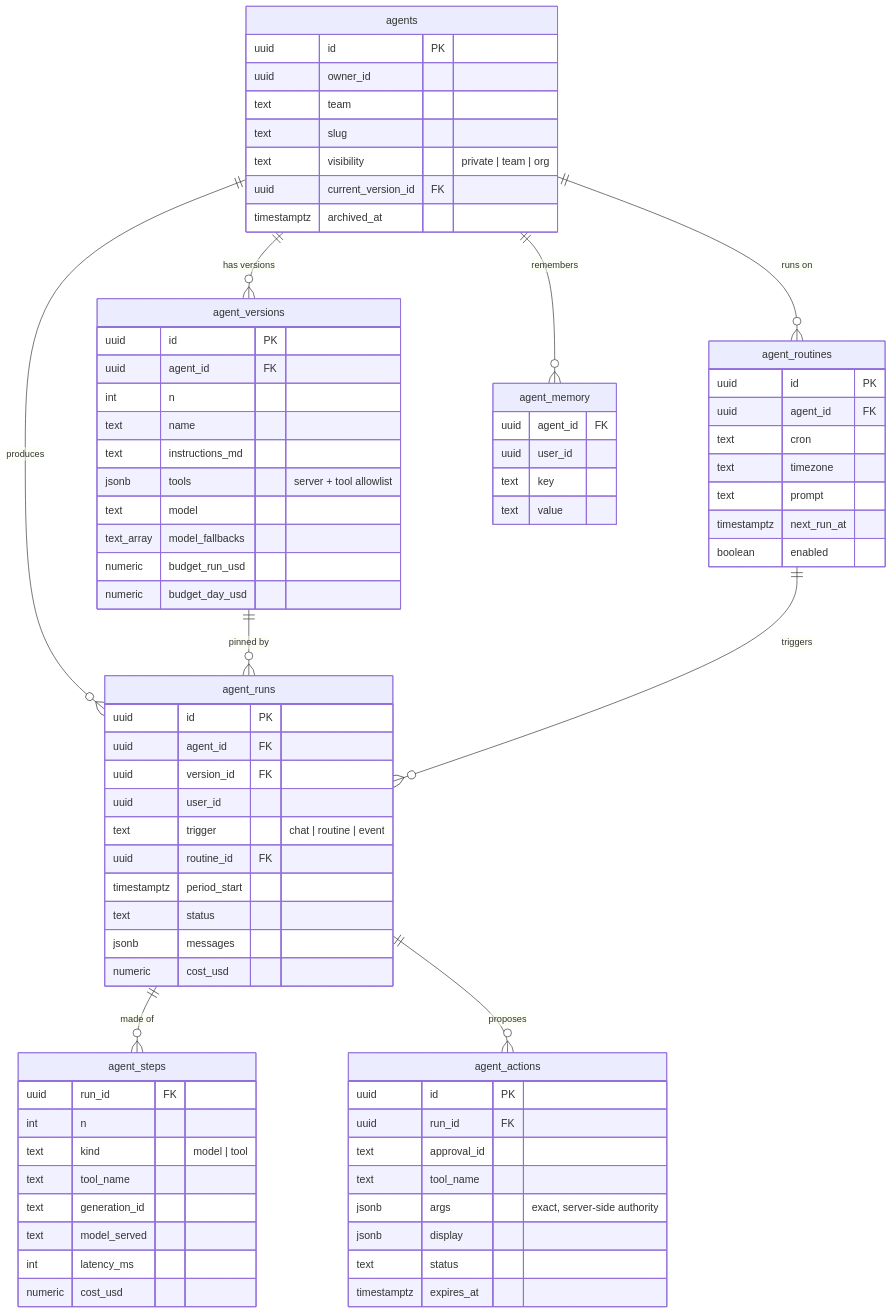
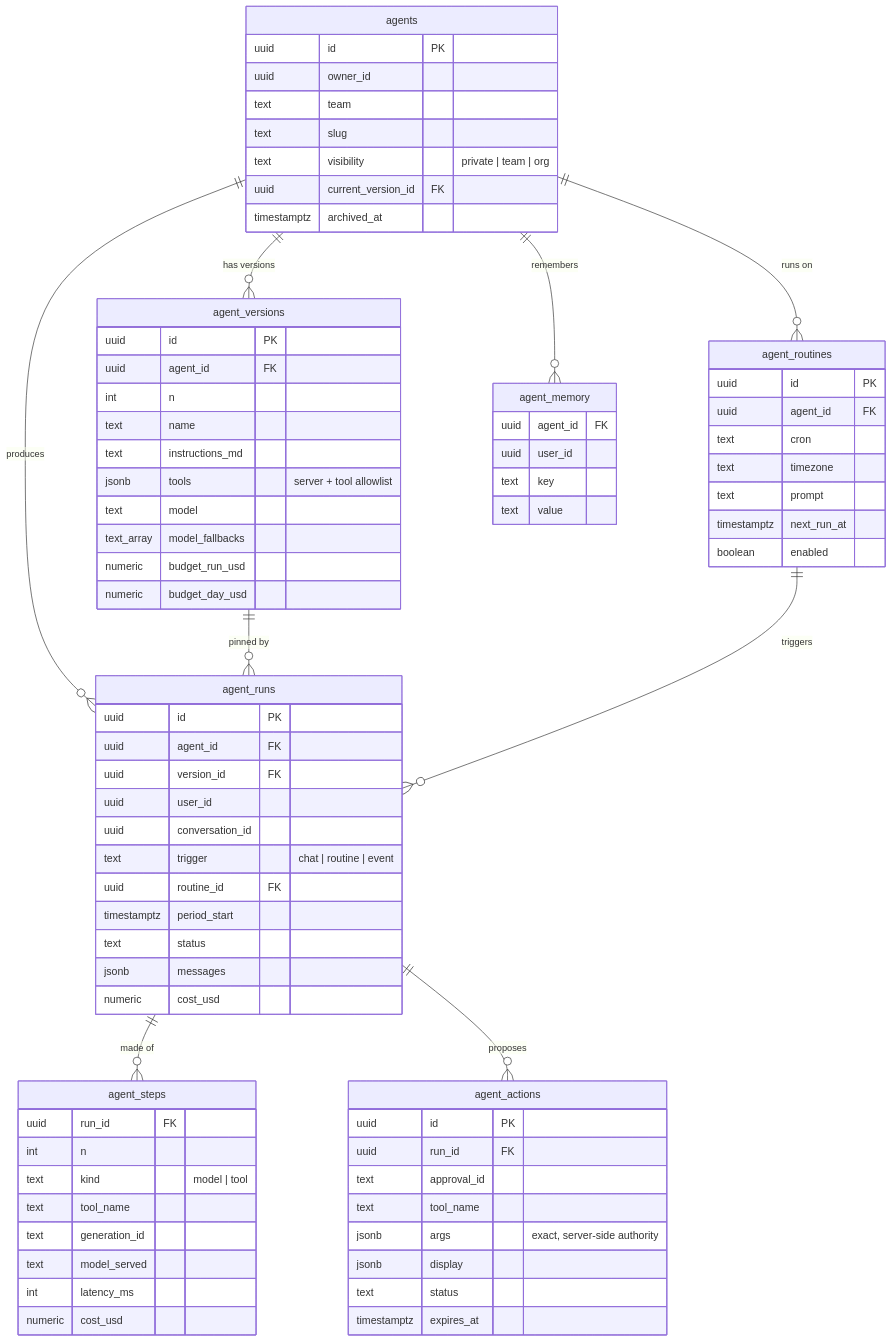
One commit to mitch-zink/agent-template changed the sixth of 6 diagrams in docs/architecture.md. Above: the diagram before and after it, drawn with Mermaid. The commit also changed other lines of this file and 3 other files, not shown here.

````diff
--- a/docs/architecture.md
+++ b/docs/architecture.md
@@ -233,80 +233,81 @@
 ```mermaid
 erDiagram
   agents ||--o{ agent_versions : "has versions"
   agents ||--o{ agent_routines : "runs on"
   agents ||--o{ agent_runs : "produces"
   agent_versions ||--o{ agent_runs : "pinned by"
   agent_runs ||--o{ agent_steps : "made of"
   agent_runs ||--o{ agent_actions : "proposes"
   agent_routines ||--o{ agent_runs : "triggers"
   agents ||--o{ agent_memory : "remembers"
 
   agents {
     uuid id PK
     uuid owner_id
     text team
     text slug
     text visibility "private | team | org"
     uuid current_version_id FK
     timestamptz archived_at
   }
   agent_versions {
     uuid id PK
     uuid agent_id FK
     int n
     text name
     text instructions_md
     jsonb tools "server + tool allowlist"
     text model
     text_array model_fallbacks
     numeric budget_run_usd
     numeric budget_day_usd
   }
   agent_runs {
     uuid id PK
     uuid agent_id FK
     uuid version_id FK
     uuid user_id
+    uuid conversation_id
     text trigger "chat | routine | event"
     uuid routine_id FK
     timestamptz period_start
     text status
     jsonb messages
     numeric cost_usd
   }
   agent_steps {
     uuid run_id FK
     int n
     text kind "model | tool"
     text tool_name
     text generation_id
     text model_served
     int latency_ms
     numeric cost_usd
   }
   agent_actions {
     uuid id PK
     uuid run_id FK
     text approval_id
     text tool_name
     jsonb args "exact, server-side authority"
     jsonb display
     text status
     timestamptz expires_at
   }
   agent_routines {
     uuid id PK
     uuid agent_id FK
     text cron
     text timezone
     text prompt
     timestamptz next_run_at
     boolean enabled
   }
   agent_memory {
     uuid agent_id FK
     uuid user_id
     text key
     text value
   }
 ```
````
